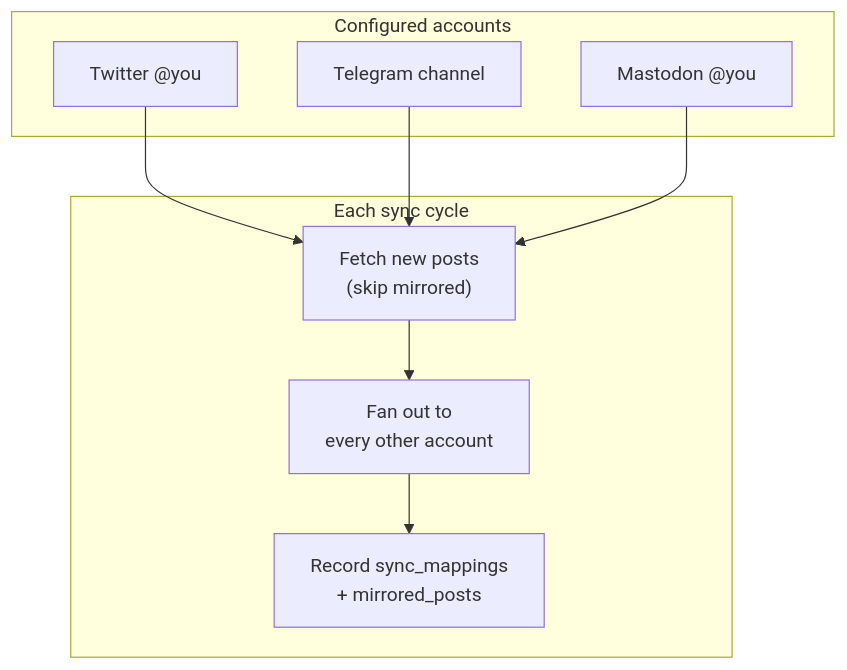
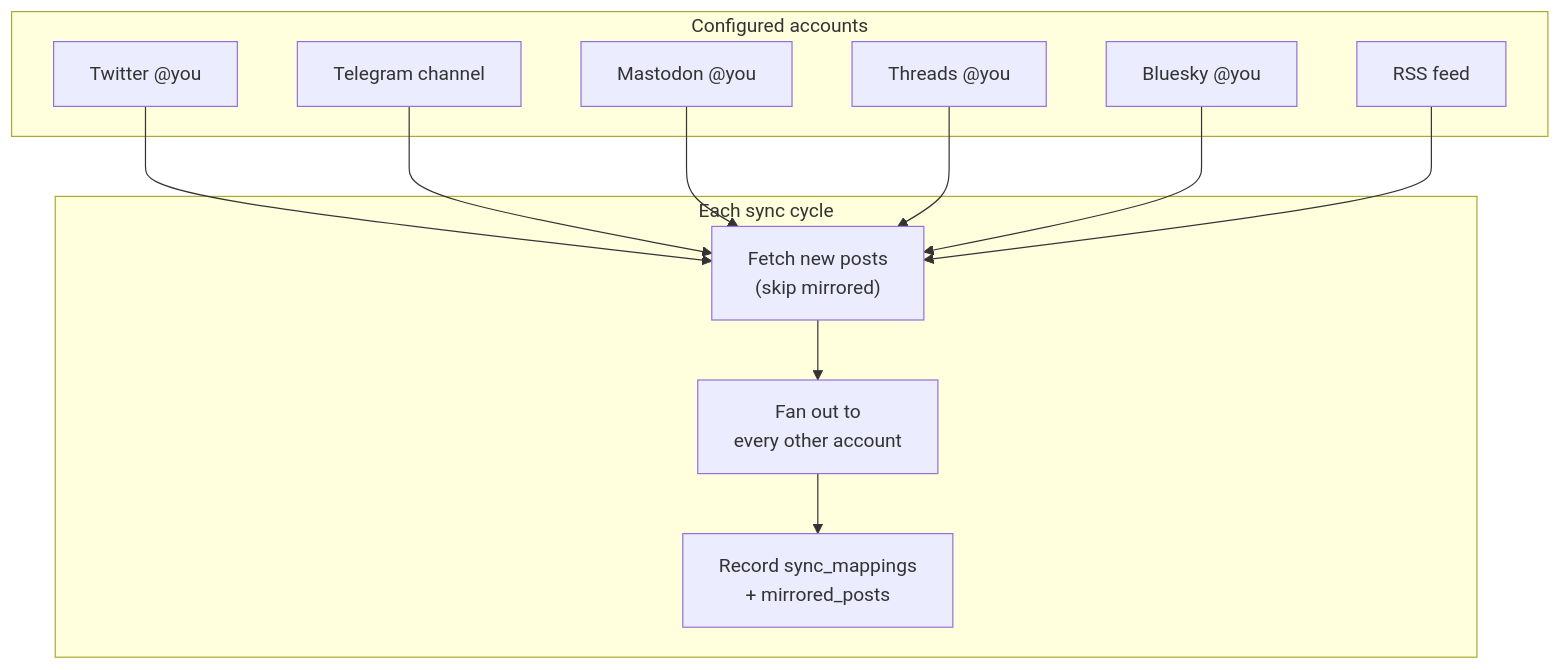
One commit to vas3k/be-everywhere-bot changed the diagram in README.md. Above: the diagram before and after it, drawn with Mermaid. The commit also changed other lines of this file and 9 other files, not shown here.

Commit message:
feat: add threads, bluesky and rss

````diff
--- a/README.md
+++ b/README.md
@@ -99,19 +126,25 @@
 ```mermaid
 flowchart TB
     subgraph accounts [Configured accounts]
         TW["Twitter @you"]
         TG["Telegram channel"]
         M["Mastodon @you"]
+        TH["Threads @you"]
+        BS["Bluesky @you"]
+        RSS["RSS feed"]
     end
 
     subgraph sync [Each sync cycle]
         Fetch["Fetch new posts\n(skip mirrored)"]
         Fan["Fan out to\nevery other account"]
         Map["Record sync_mappings\n+ mirrored_posts"]
     end
 
     TW --> Fetch
     TG --> Fetch
     M --> Fetch
+    TH --> Fetch
+    BS --> Fetch
+    RSS --> Fetch
     Fetch --> Fan --> Map
 ```
````
